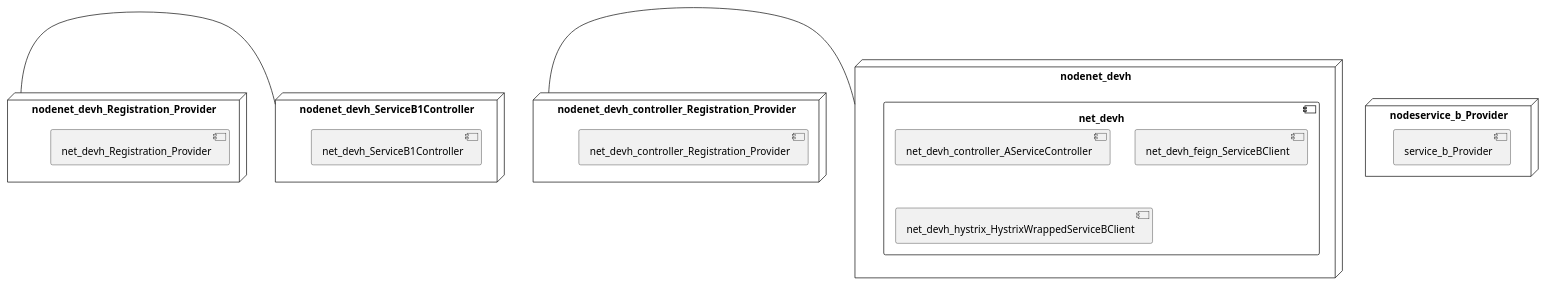
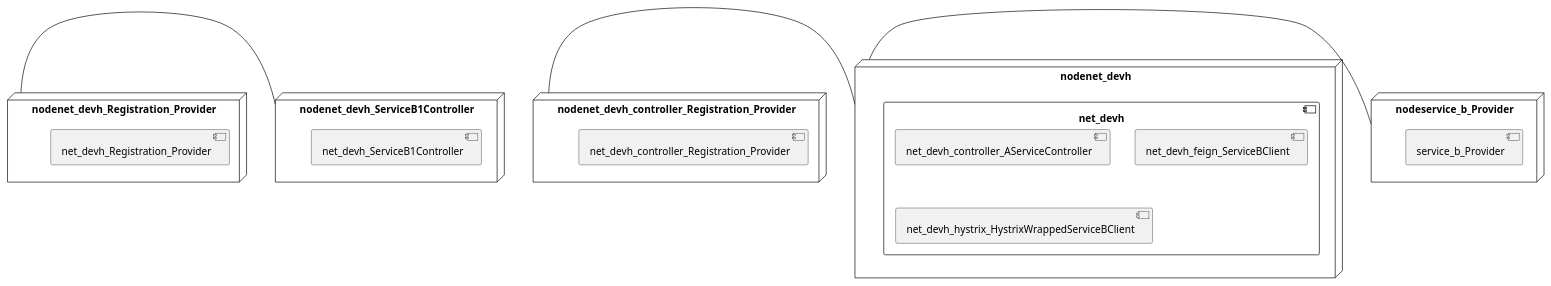
The diagram in yidongnan-spring-cloud-netflix-example/model_re/uml/allocationDiagram.puml (View-Based-Reverse-Engineering/Retriever-Benchmark), drawn with PlantUML before and after one commit. The commit also changed 373 other files, not shown here.

```diff
--- a/yidongnan-spring-cloud-netflix-example/model_re/uml/allocationDiagram.puml
+++ b/yidongnan-spring-cloud-netflix-example/model_re/uml/allocationDiagram.puml
@@ -1,26 +1,27 @@
 @startuml
 skinparam fixCircleLabelOverlapping true
 skinparam componentStyle uml2
 node nodenet_devh {
 component net_devh {
-[net_devh_controller_AServiceController] [[yidongnan-spring-cloud-netflix-example.system#_X5Yg8NSEEe6zueU1VZCFQg]]
-[net_devh_feign_ServiceBClient] [[yidongnan-spring-cloud-netflix-example.system#_X5Yg8NSEEe6zueU1VZCFQg]]
-[net_devh_hystrix_HystrixWrappedServiceBClient] [[yidongnan-spring-cloud-netflix-example.system#_X5Yg8NSEEe6zueU1VZCFQg]]
+[net_devh_controller_AServiceController] [[yidongnan-spring-cloud-netflix-example.system#_hDvJ8OWWEe6oWsRxS-D64A]]
+[net_devh_feign_ServiceBClient] [[yidongnan-spring-cloud-netflix-example.system#_hDvJ8OWWEe6oWsRxS-D64A]]
+[net_devh_hystrix_HystrixWrappedServiceBClient] [[yidongnan-spring-cloud-netflix-example.system#_hDvJ8OWWEe6oWsRxS-D64A]]
 }
 }
 node nodenet_devh_Registration_Provider {
-[net_devh_Registration_Provider] [[yidongnan-spring-cloud-netflix-example.system#_X5Yg8NSEEe6zueU1VZCFQg]]
+[net_devh_Registration_Provider] [[yidongnan-spring-cloud-netflix-example.system#_hDvJ8OWWEe6oWsRxS-D64A]]
 }
 node nodenet_devh_ServiceB1Controller {
-[net_devh_ServiceB1Controller] [[yidongnan-spring-cloud-netflix-example.system#_X5Yg8NSEEe6zueU1VZCFQg]]
+[net_devh_ServiceB1Controller] [[yidongnan-spring-cloud-netflix-example.system#_hDvJ8OWWEe6oWsRxS-D64A]]
 }
 node nodenet_devh_controller_Registration_Provider {
-[net_devh_controller_Registration_Provider] [[yidongnan-spring-cloud-netflix-example.system#_X5Yg8NSEEe6zueU1VZCFQg]]
+[net_devh_controller_Registration_Provider] [[yidongnan-spring-cloud-netflix-example.system#_hDvJ8OWWEe6oWsRxS-D64A]]
 }
 node nodeservice_b_Provider {
-[service_b_Provider] [[yidongnan-spring-cloud-netflix-example.system#_X5Yg8NSEEe6zueU1VZCFQg]]
+[service_b_Provider] [[yidongnan-spring-cloud-netflix-example.system#_hDvJ8OWWEe6oWsRxS-D64A]]
 }
 [nodenet_devh_Registration_Provider] - [nodenet_devh_ServiceB1Controller]
 [nodenet_devh_controller_Registration_Provider] - [nodenet_devh]
+[nodeservice_b_Provider] - [nodenet_devh]
 
 @enduml
```
